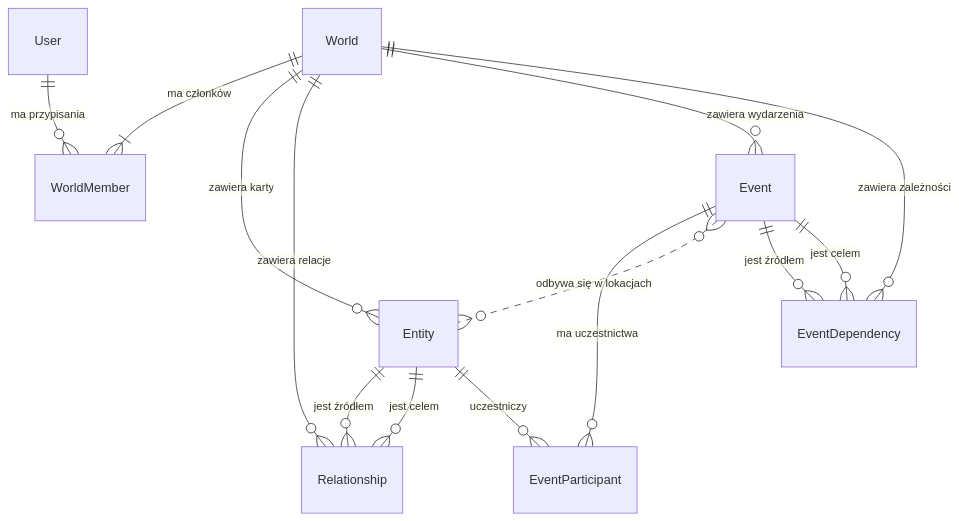
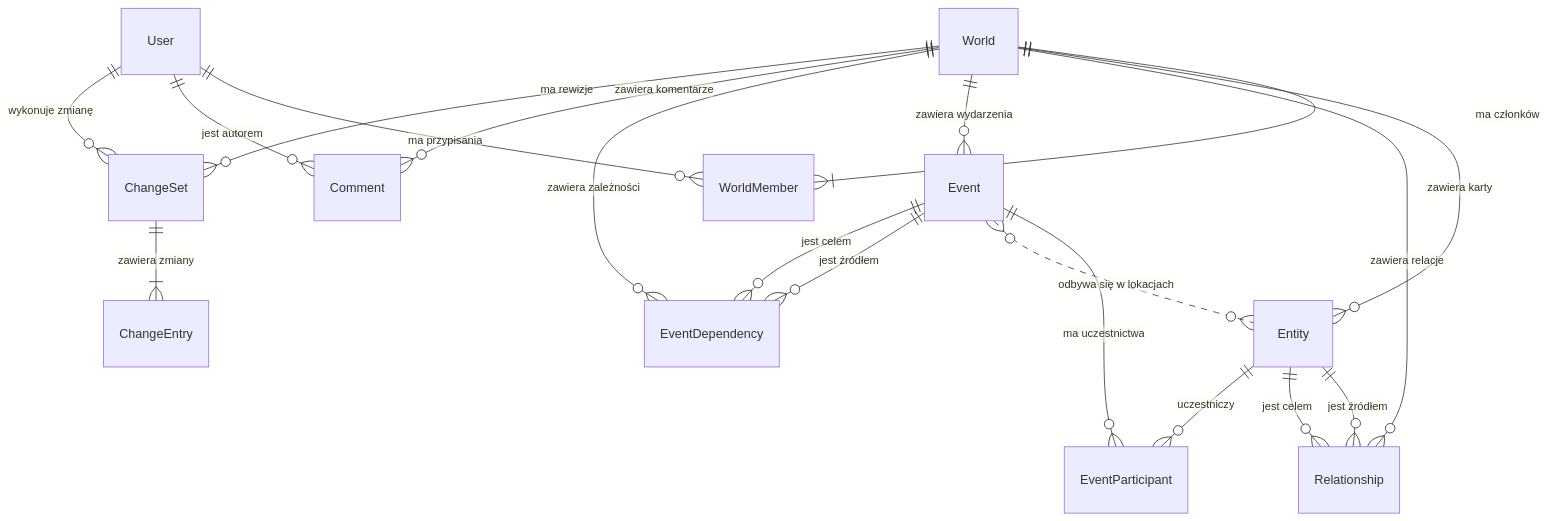
Before and after one commit to PaurXen/WorldGraph: the diagram in ARCHITECTURE.md, drawn with Mermaid. The commit also changed other lines of this file and 2 other files, not shown here.

First line of the commit message:
chore: Update TODO.md with revised implementation plan and detailed task descriptions for WorldGraph project

````diff
--- a/ARCHITECTURE.md
+++ b/ARCHITECTURE.md
@@ -49,16 +54,21 @@
 ```mermaid
 erDiagram
     User ||--o{ WorldMember : "ma przypisania"
     World ||--|{ WorldMember : "ma członków"
     World ||--o{ Entity : "zawiera karty"
     World ||--o{ Relationship : "zawiera relacje"
     Entity ||--o{ Relationship : "jest źródłem"
     Entity ||--o{ Relationship : "jest celem"
     World ||--o{ Event : "zawiera wydarzenia"
     Event ||--o{ EventParticipant : "ma uczestnictwa"
     Entity ||--o{ EventParticipant : "uczestniczy"
     Event }o..o{ Entity : "odbywa się w lokacjach"
     World ||--o{ EventDependency : "zawiera zależności"
     Event ||--o{ EventDependency : "jest źródłem"
     Event ||--o{ EventDependency : "jest celem"
+    World ||--o{ Comment : "zawiera komentarze"
+    User ||--o{ Comment : "jest autorem"
+    World ||--o{ ChangeSet : "ma rewizje"
+    User ||--o{ ChangeSet : "wykonuje zmianę"
+    ChangeSet ||--|{ ChangeEntry : "zawiera zmiany"
 ```
````
